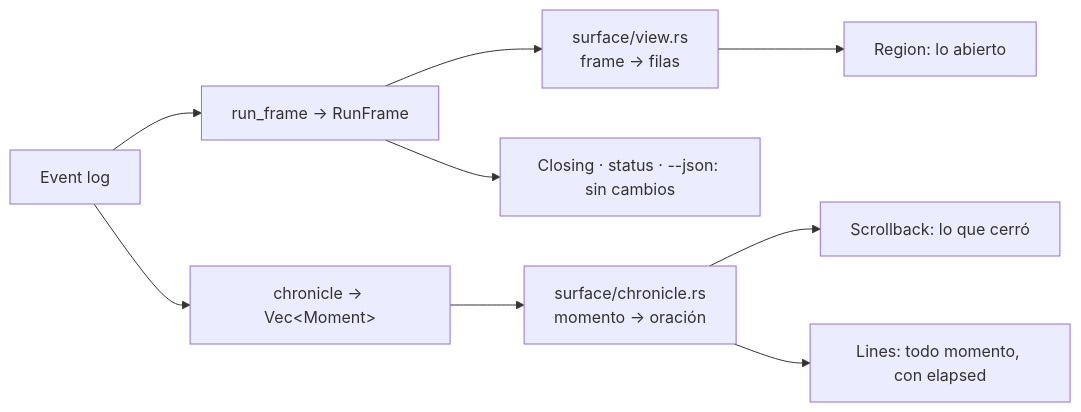
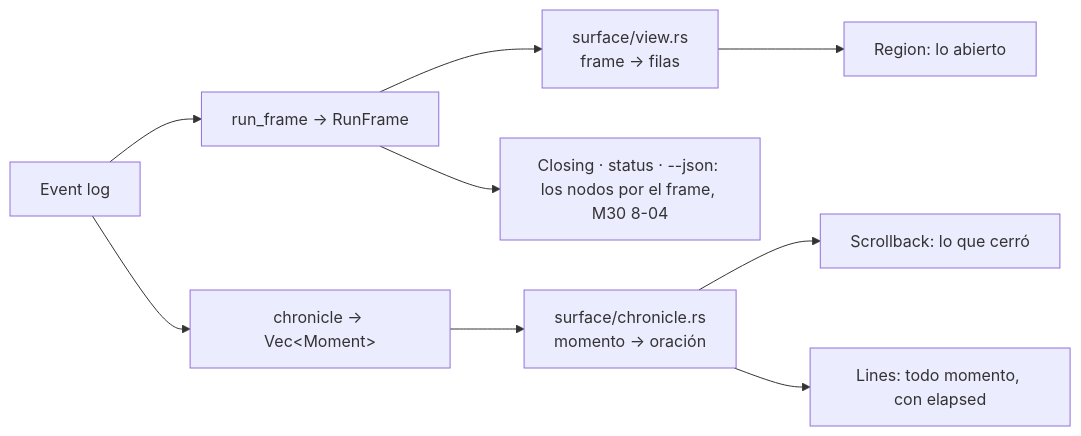
Before and after one commit to eulke/yunta: the diagram in docs/design/plan-de-raiz/cronica.md, drawn with Mermaid. The commit also changed other lines of this file and 15 other files, not shown here.

````diff
--- a/docs/design/plan-de-raiz/cronica.md
+++ b/docs/design/plan-de-raiz/cronica.md
@@ -35,11 +35,11 @@
 ```mermaid
 flowchart LR
   L[Event log] --> F[run_frame → RunFrame]
   L --> C[chronicle → Vec&lt;Moment&gt;]
   F --> V[surface/view.rs<br/>frame → filas]
   C --> S[surface/chronicle.rs<br/>momento → oración]
   V --> R[Region: lo abierto]
   S --> SB[Scrollback: lo que cerró]
   S --> LN[Lines: todo momento, con elapsed]
-  F --> CL[Closing · status · --json: sin cambios]
+  F --> CL[Closing · status · --json: los nodos por el frame, M30 8-04]
 ```
````
